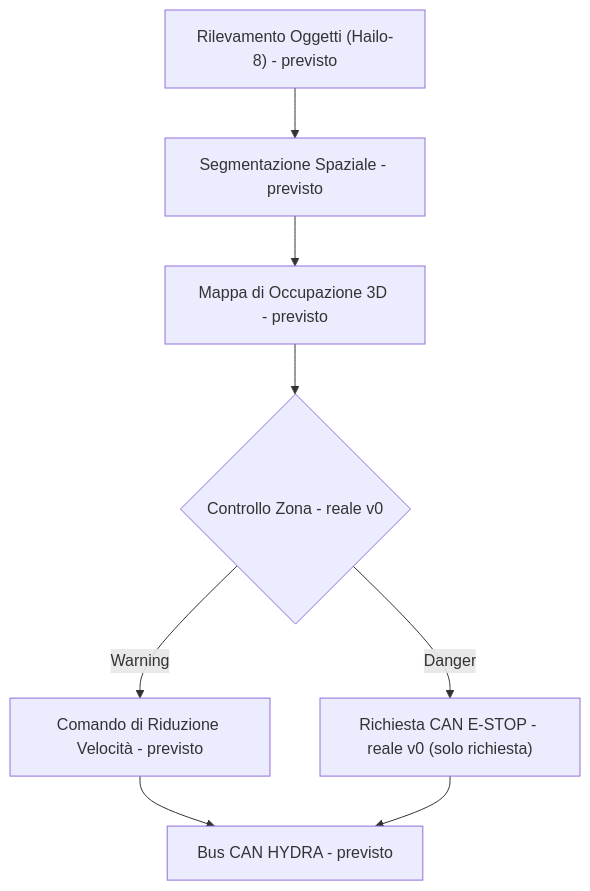
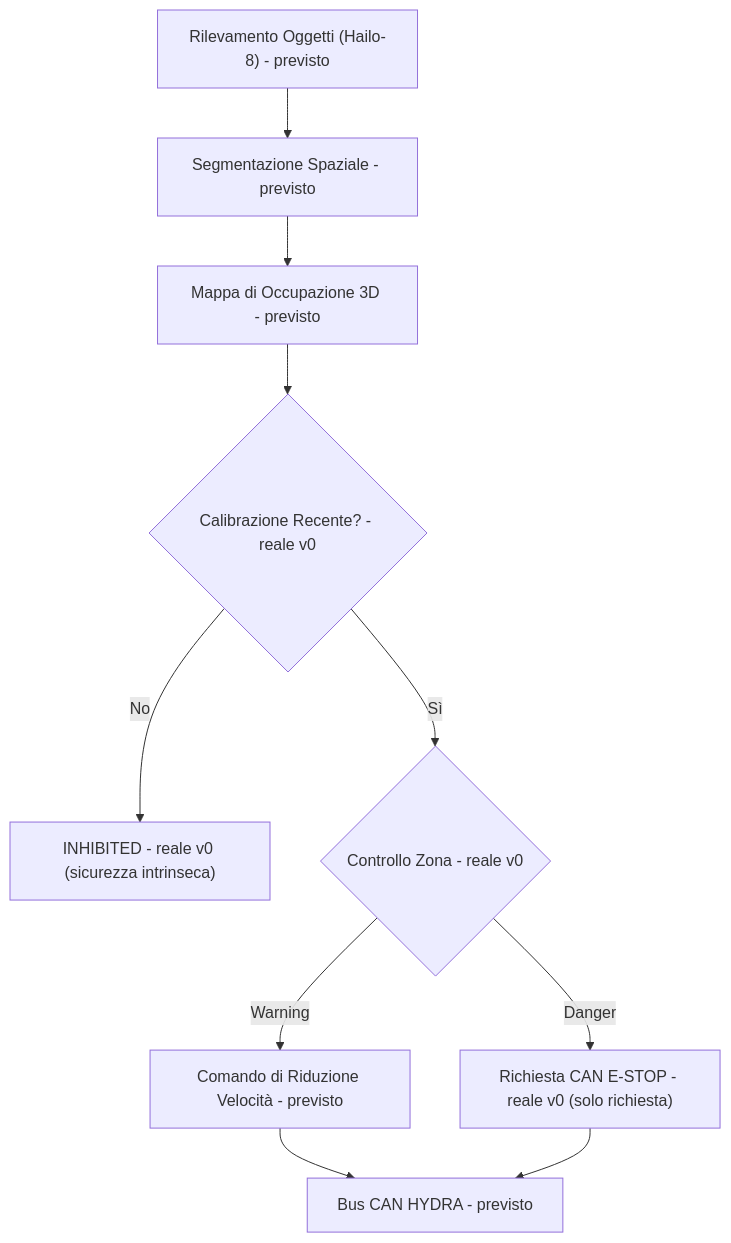
The diagram in README_ita.md (JuanenRac/HYDRA-UMC-SAFETY-ZONES), drawn with Mermaid before and after one commit. The commit also changed other lines of this file and 19 other files, not shown here.

````diff
--- a/README_ita.md
+++ b/README_ita.md
@@ -45,10 +46,12 @@
 ```mermaid
 flowchart TB
     DET["Rilevamento Oggetti (Hailo-8) - previsto"] --> SEG["Segmentazione Spaziale - previsto"]
     SEG --> MAP["Mappa di Occupazione 3D - previsto"]
-    MAP --> ZONE{"Controllo Zona - reale v0"}
+    MAP --> CAL{"Calibrazione Recente? - reale v0"}
+    CAL -- No --> INHIBIT["INHIBITED - reale v0 (sicurezza intrinseca)"]
+    CAL -- Sì --> ZONE{"Controllo Zona - reale v0"}
     ZONE -- Warning --> SLOW["Comando di Riduzione Velocità - previsto"]
     ZONE -- Danger --> STOP["Richiesta CAN E-STOP - reale v0 (solo richiesta)"]
     SLOW --> CAN["Bus CAN HYDRA - previsto"]
     STOP --> CAN
 ```
````
